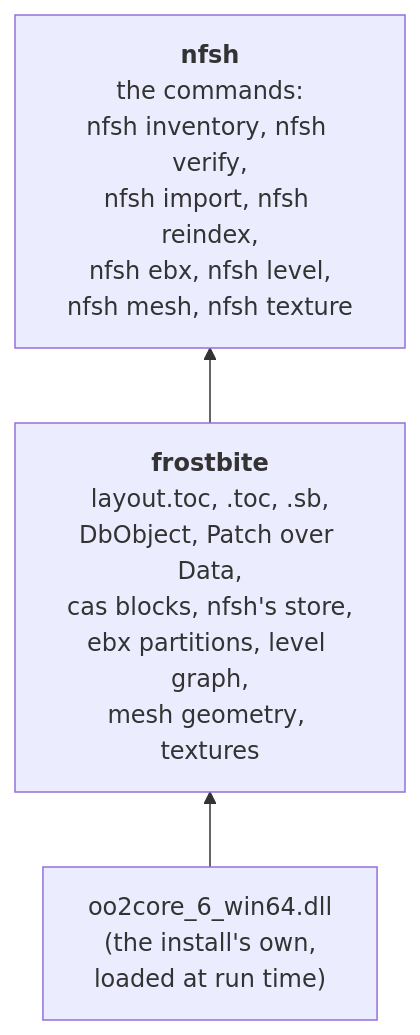
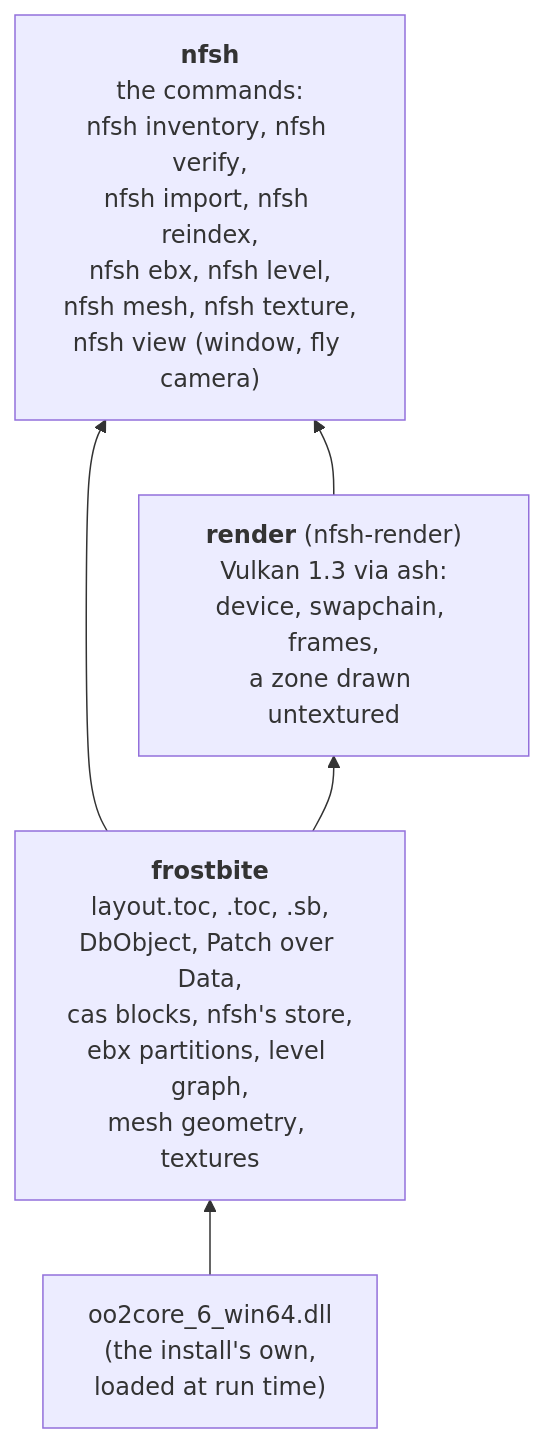
Before and after one commit to cmprssd/nfsh: the second of 4 diagrams in docs/OVERVIEW.md, drawn with Mermaid. The commit also changed other lines of this file and 21 other files, not shown here.

First line of the commit message:
feat: a window flying through one zone, untextured, and nfsh view; release 0.9.0 (#13)

````diff
--- a/docs/OVERVIEW.md
+++ b/docs/OVERVIEW.md
@@ -60,8 +60,11 @@
 ```mermaid
 flowchart BT
     fb["<b>frostbite</b><br/>layout.toc, .toc, .sb,<br/>DbObject, Patch over Data,<br/>cas blocks, nfsh's store,<br/>ebx partitions, level graph,<br/>mesh geometry, textures"]
     oo["oo2core_6_win64.dll<br/>(the install's own,<br/>loaded at run time)"]
-    app["<b>nfsh</b><br/>the commands:<br/>nfsh inventory, nfsh verify,<br/>nfsh import, nfsh reindex,<br/>nfsh ebx, nfsh level,<br/>nfsh mesh, nfsh texture"]
+    render["<b>render</b> (nfsh-render)<br/>Vulkan 1.3 via ash:<br/>device, swapchain, frames,<br/>a zone drawn untextured"]
+    app["<b>nfsh</b><br/>the commands:<br/>nfsh inventory, nfsh verify,<br/>nfsh import, nfsh reindex,<br/>nfsh ebx, nfsh level,<br/>nfsh mesh, nfsh texture,<br/>nfsh view (window, fly camera)"]
     oo --> fb
+    fb --> render
     fb --> app
+    render --> app
 ```
````
